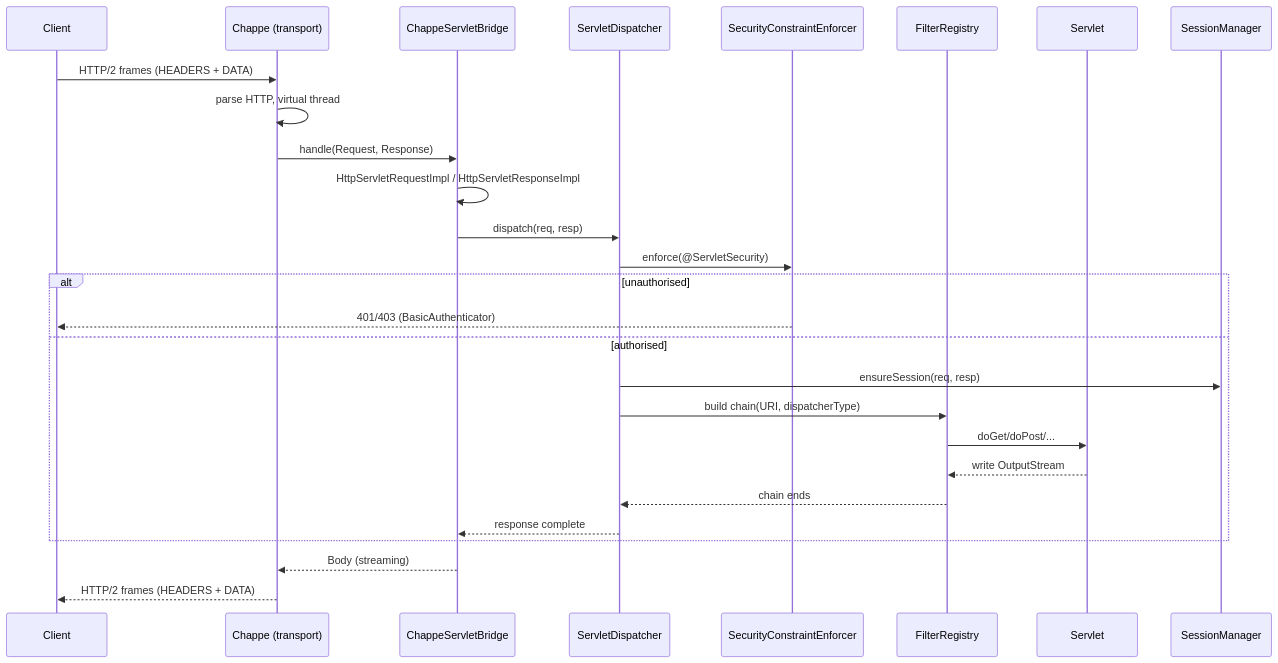
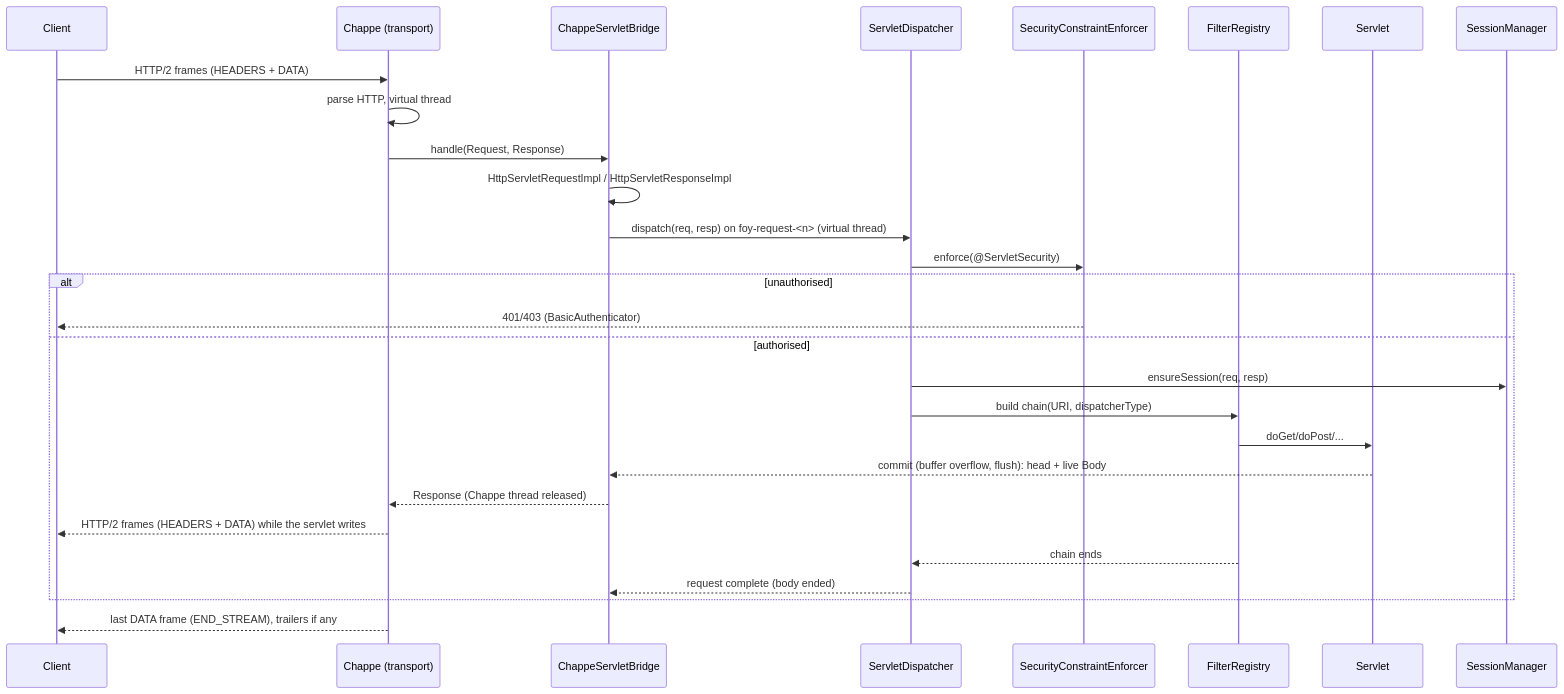
One commit to vidocq-stack/foy changed the second of 3 diagrams in docs/en/modules/ROOT/pages/internals.adoc. Above: the diagram before and after it, drawn with Mermaid. The commit also changed other lines of this file and 9 other files, not shown here.

```diff
--- a/docs/en/modules/ROOT/pages/internals.adoc
+++ b/docs/en/modules/ROOT/pages/internals.adoc
@@ -66,31 +66,32 @@
 [mermaid]
 ....
 sequenceDiagram
     participant Client
     participant Chappe as Chappe (transport)
     participant Bridge as ChappeServletBridge
     participant Disp as ServletDispatcher
     participant Sec as SecurityConstraintEnforcer
     participant Filters as FilterRegistry
     participant Servlet
     participant Session as SessionManager
 
     Client->>Chappe: HTTP/2 frames (HEADERS + DATA)
     Chappe->>Chappe: parse HTTP, virtual thread
     Chappe->>Bridge: handle(Request, Response)
     Bridge->>Bridge: HttpServletRequestImpl / HttpServletResponseImpl
-    Bridge->>Disp: dispatch(req, resp)
+    Bridge->>Disp: dispatch(req, resp) on foy-request-<n> (virtual thread)
     Disp->>Sec: enforce(@ServletSecurity)
     alt unauthorised
         Sec-->>Client: 401/403 (BasicAuthenticator)
     else authorised
         Disp->>Session: ensureSession(req, resp)
         Disp->>Filters: build chain(URI, dispatcherType)
         Filters->>Servlet: doGet/doPost/...
-        Servlet-->>Filters: write OutputStream
+        Servlet-->>Bridge: commit (buffer overflow, flush): head + live Body
+        Bridge-->>Chappe: Response (Chappe thread released)
+        Chappe-->>Client: HTTP/2 frames (HEADERS + DATA) while the servlet writes
         Filters-->>Disp: chain ends
-        Disp-->>Bridge: response complete
+        Disp-->>Bridge: request complete (body ended)
     end
-    Bridge-->>Chappe: Body (streaming)
-    Chappe-->>Client: HTTP/2 frames (HEADERS + DATA)
+    Chappe-->>Client: last DATA frame (END_STREAM), trailers if any
 ....
```
